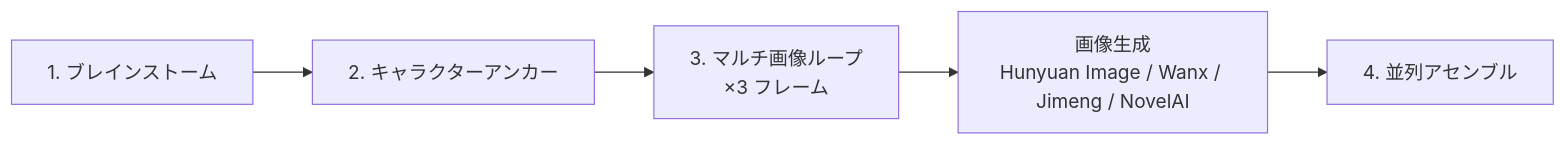
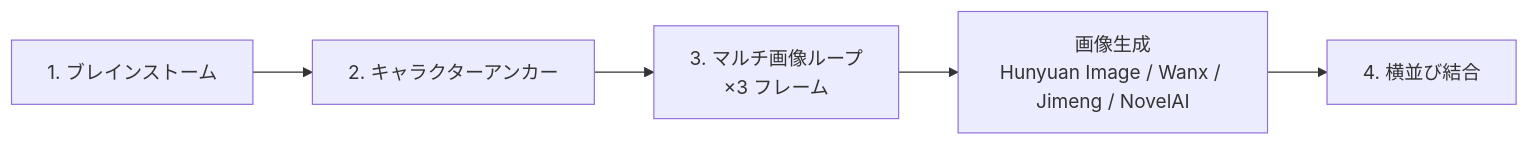
One commit to weed33834/ShotFlow changed the third of 6 diagrams in README.ja.md. Above: the diagram before and after it, drawn with Mermaid. The commit also changed other lines of this file and 2 other files, not shown here.

````diff
--- a/README.ja.md
+++ b/README.ja.md
@@ -221,7 +271,7 @@
 ```mermaid
 flowchart LR
     A["1. ブレインストーム"] --> B["2. キャラクターアンカー"]
     B --> C["3. マルチ画像ループ<br/>×3 フレーム"]
     C --> D["画像生成<br/>Hunyuan Image / Wanx / Jimeng / NovelAI"]
-    D --> E["4. 並列アセンブル"]
+    D --> E["4. 横並び結合"]
 ```
````
